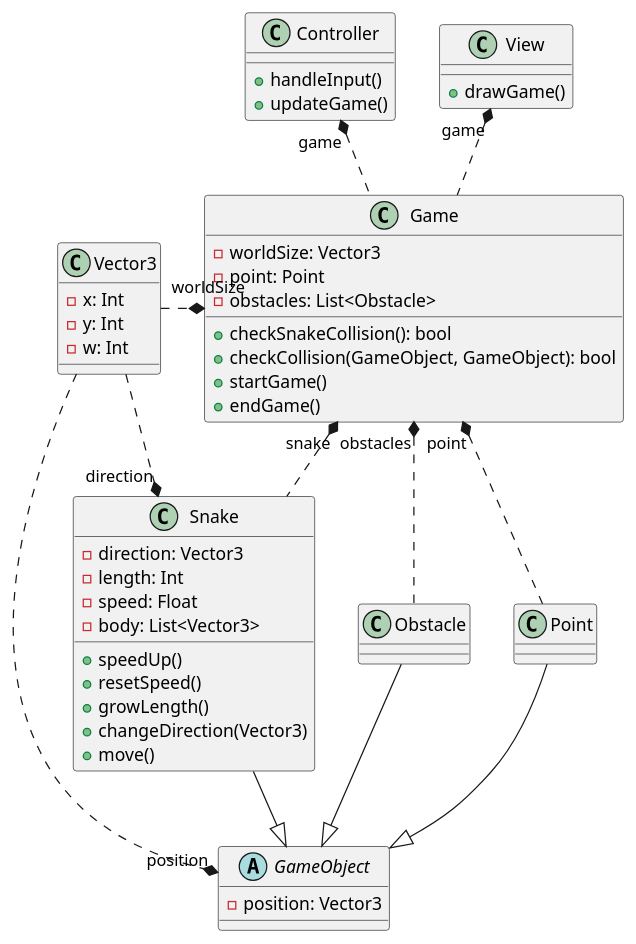
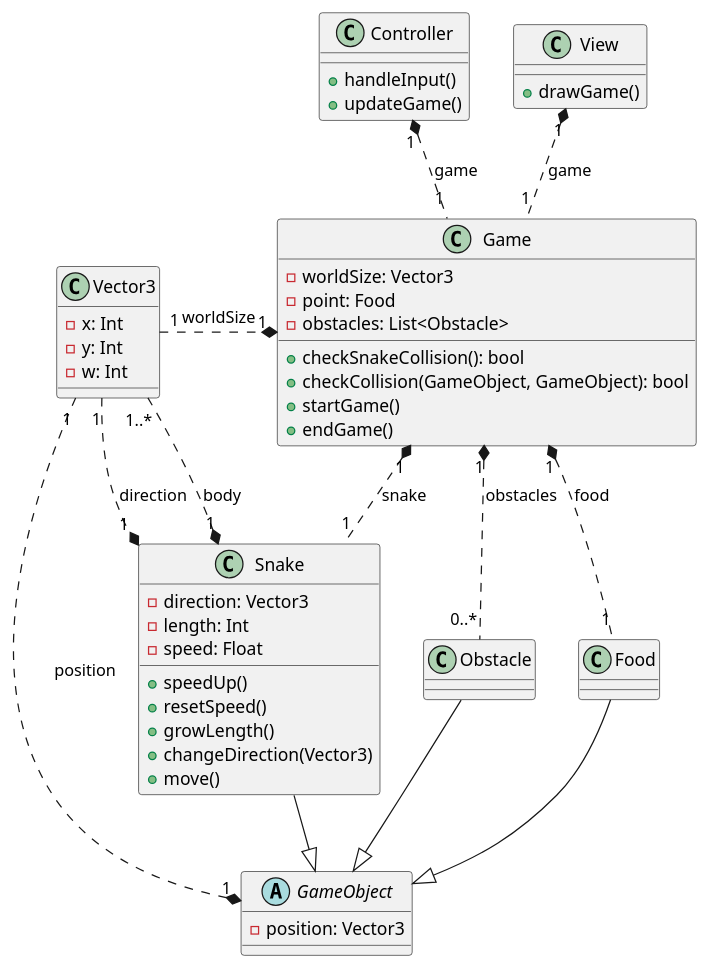
Before and after one commit to szmoli/kt_snake: the diagram in diagrams/classDiagram.puml, drawn with PlantUML. The commit also changed 2 other files, not shown here.

Commit message:
final class diagram i guess

```diff
--- a/diagrams/classDiagram.puml
+++ b/diagrams/classDiagram.puml
@@ -1,70 +1,70 @@
 @startuml classDiagram
 skinparam groupInheritance 2
 
 ' Game classes
 class Game {
     + checkSnakeCollision(): bool
     + checkCollision(GameObject, GameObject): bool
     + startGame()
     + endGame()
 
     - worldSize: Vector3
-    - point: Point
+    - point: Food
     - obstacles: List<Obstacle>
 }
 
 abstract GameObject {
     - position: Vector3
 }
 
 class Snake {
     + speedUp()
     + resetSpeed()
     + growLength()
     + changeDirection(Vector3)
     + move()
 
     - direction: Vector3
     - length: Int
     - speed: Float
-    - body: List<Vector3>
 }
 
-class Point {
+class Food {
 }
 
 class Obstacle {
 }
 
 ' Util classes
 class Controller {
     + handleInput()
     + updateGame()
 }
 
 class View {
     + drawGame()
 }
 
 class Vector3 {
     - x: Int
     - y: Int
     - w: Int
 }
 
 ' Inheritance
-GameObject <|-up- Point
+GameObject <|-up- Food
 GameObject <|-up- Obstacle
 GameObject <|-up- Snake
 
 ' Associations
-Game "snake" *.. Snake
-Game "point" *.. Point
-Game "obstacles" *.. Obstacle
-Game "worldSize" *.left. Vector3
-GameObject "position" *.left. Vector3
-Snake "direction" *.left. Vector3
-View "game" *.. Game
-Controller "game" *.. Game
+Game "1" *.. "1" Snake : "snake"
+Game "1" *.. "1" Food : "food"
+Game "1" *.. "0..*" Obstacle : "obstacles"
+Game "1" *.left. "1" Vector3 : "worldSize"
+GameObject "1" *.left. "1" Vector3 : "position"
+Snake "1" *.left. "1" Vector3 : "direction"
+Snake "1" *.left. "1..*" Vector3 : "body"
+View "1" *.. "1" Game : "game"
+Controller "1" *.. "1" Game : "game"
 
 @enduml
```
